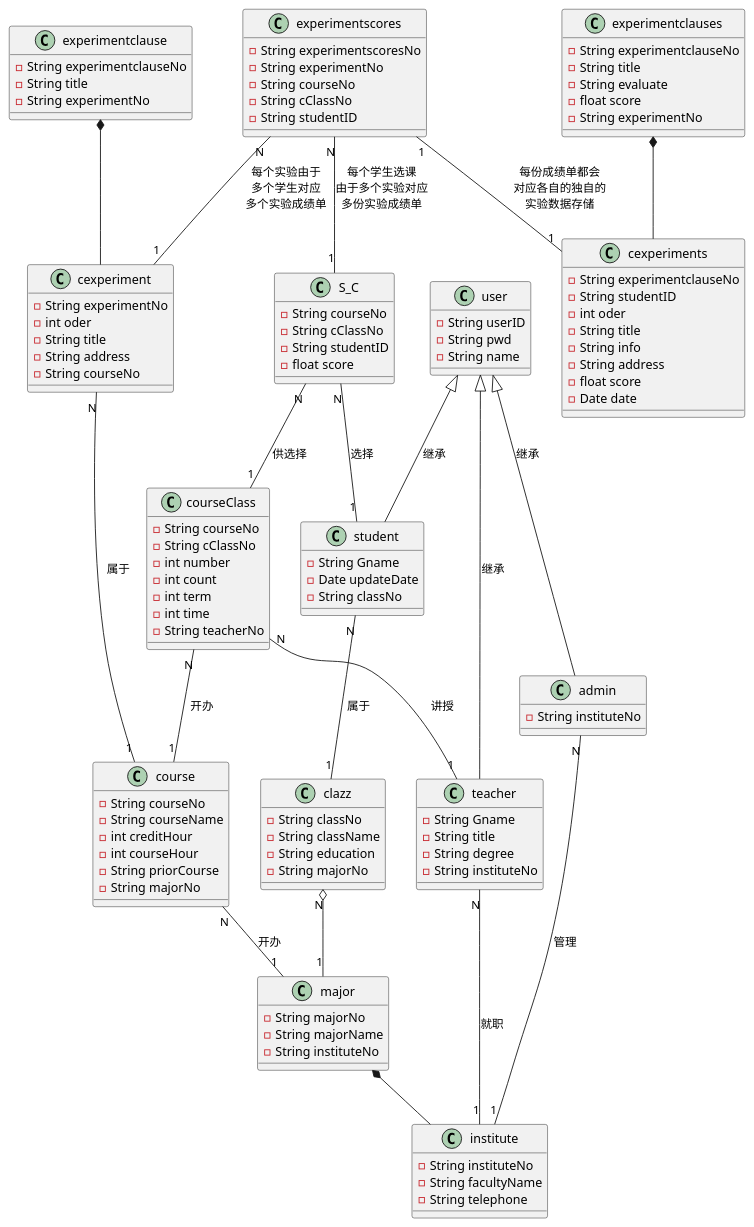
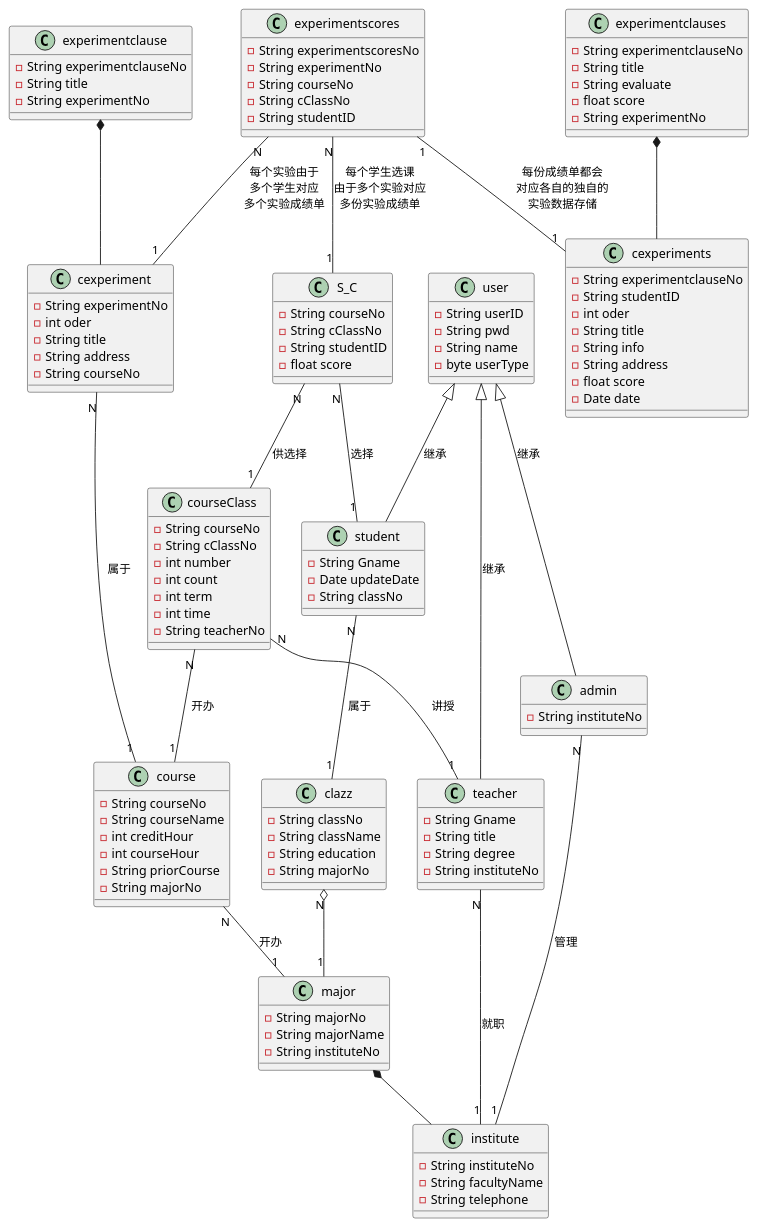
The diagram in test6/classView.pu (201610414130/is_analysis-4), drawn with PlantUML before and after one commit. The commit also changed 7 other files, not shown here.

```diff
--- a/test6/classView.pu
+++ b/test6/classView.pu
@@ -1,118 +1,119 @@
 @startuml 实验管理平台类图
 class user{
     -String userID
     -String pwd
     -String name
+    -byte userType
 }
 class student{
     -String Gname
     -Date updateDate
     -String classNo
 }
 class teacher{
     -String Gname
     -String title
     -String degree
     -String instituteNo
 }
 class admin{
     -String instituteNo
 }
 class clazz{
     -String classNo
     -String className
     -String education
     -String majorNo
 }
 class major{
     -String majorNo
     -String majorName
     -String instituteNo
 }
 class institute{
     -String instituteNo
     -String facultyName
     -String telephone
 }
 class course{
     -String courseNo
     -String courseName
     -int creditHour
     -int courseHour
     -String priorCourse
     -String majorNo
 }
 class courseClass{
     -String courseNo
     -String cClassNo
     -int number
     -int count
     -int term
     -int time
     -String teacherNo
 }
 class S_C{
     -String courseNo
     -String cClassNo
     -String studentID
     -float score
 }
 
 class cexperiment{
     -String experimentNo
     -int oder
     -String title
     -String address
     -String courseNo
 }
 
 class experimentclause{
     -String experimentclauseNo
     -String title
     -String experimentNo
 }
 
 class cexperiments{
     -String experimentclauseNo
     -String studentID
     -int oder
     -String title
     -String info
     -String address
     -float score
     -Date date
 }
 class experimentclauses{
     -String experimentclauseNo
     -String title
     -String evaluate
     -float score
     -String experimentNo
 }
 class experimentscores{
     -String experimentscoresNo
     -String experimentNo
     -String courseNo
     -String cClassNo
     -String studentID
 }
 student -up-|> user:继承
 teacher -up-|> user:继承
 admin -up-|> user:继承
 student "N" -- "1" clazz:属于
 clazz "N" o-- "1" major
 major *-- institute
 teacher "N" -- "1" institute:就职
 admin "N" -- "1" institute:管理
 S_C "N" -- "1" student:选择
 S_C "N" -- "1" courseClass:供选择
 courseClass "N" -- "1" course:开办
 courseClass "N" -- "1" teacher:讲授
 course "N" -- "1" major:开办
 experimentclause *-- cexperiment
 cexperiment "N" -- "1" course:属于
 experimentscores "N" -- "1" S_C:每个学生选课\n由于多个实验对应\n多份实验成绩单
 experimentscores "N" -- "1" cexperiment:每个实验由于\n多个学生对应\n多个实验成绩单
 experimentclauses *-- cexperiments
 experimentscores "1"--"1" cexperiments:每份成绩单都会\n对应各自的独自的\n实验数据存储
 @enduml
```
